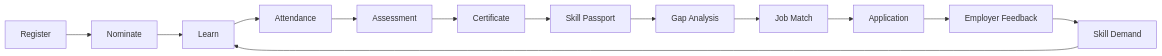
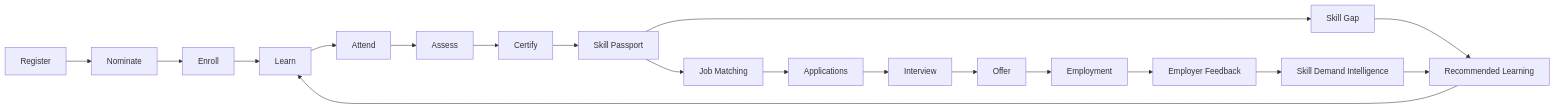
Before and after one commit to mittai17/Cooperative-EcoSystem: the second of 2 diagrams in README.md, drawn with Mermaid. The commit also changed other lines of this file, not shown here.

````diff
--- a/README.md
+++ b/README.md
@@ -106,15 +363,21 @@
 ```mermaid
 flowchart LR
     A[Register] --> B[Nominate]
-    B --> C[Learn]
-    C --> D[Attendance]
-    D --> E[Assessment]
-    E --> F[Certificate]
-    F --> G[Skill Passport]
-    G --> H[Gap Analysis]
-    H --> I[Job Match]
-    I --> J[Application]
-    J --> K[Employer Feedback]
-    K --> L[Skill Demand]
-    L --> C
+    B --> C[Enroll]
+    C --> D[Learn]
+    D --> E[Attend]
+    E --> F[Assess]
+    F --> G[Certify]
+    G --> H[Skill Passport]
+    H --> I[Skill Gap]
+    I --> J[Recommended Learning]
+    J --> D
+    H --> K[Job Matching]
+    K --> L[Applications]
+    L --> M[Interview]
+    M --> N[Offer]
+    N --> O[Employment]
+    O --> P[Employer Feedback]
+    P --> Q[Skill Demand Intelligence]
+    Q --> J
 ```
````
